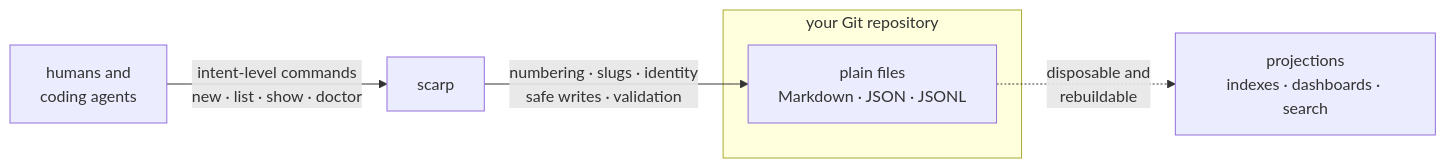
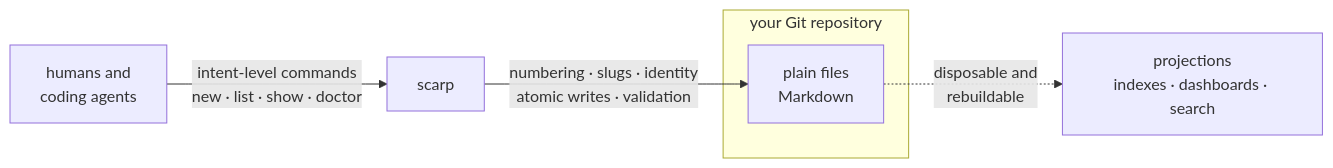
One commit to henry-filgueiras/scarp changed the first of 2 diagrams in README.md. Above: the diagram before and after it, drawn with Mermaid. The commit also changed other lines of this file and 7 other files, not shown here.

````diff
--- a/README.md
+++ b/README.md
@@ -209,9 +232,9 @@
 ```mermaid
 flowchart LR
     caller["humans and<br/>coding agents"] -- "intent-level commands<br/>new · list · show · doctor" --> cli["scarp"]
-    cli -- "numbering · slugs · identity<br/>safe writes · validation" --> files
+    cli -- "numbering · slugs · identity<br/>atomic writes · validation" --> files
     subgraph repo["your Git repository"]
-        files["plain files<br/>Markdown · JSON · JSONL"]
+        files["plain files<br/>Markdown"]
     end
     files -. "disposable and<br/>rebuildable" .-> proj["projections<br/>indexes · dashboards · search"]
 ```
````
